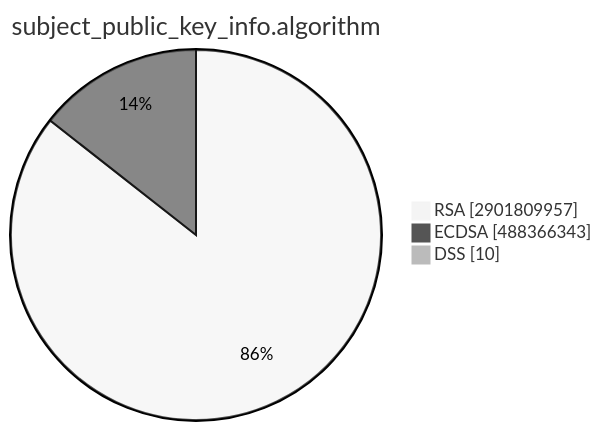
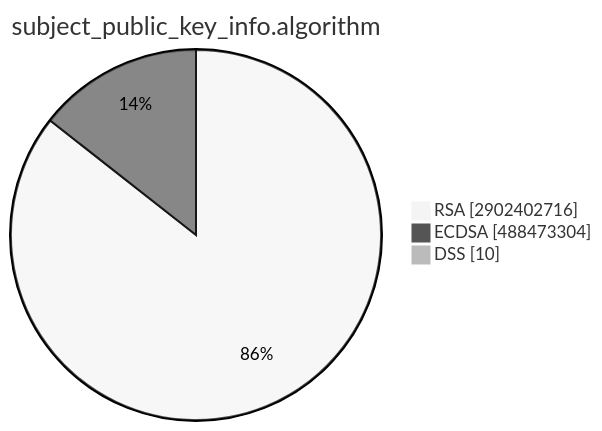
The second of 15 diagrams in TOTAL/README.md (christiankrug/ctmonitor_visualization), drawn with Mermaid (neutral theme) before and after one commit. The commit also changed other lines of this file, not shown here.

````diff
--- a/TOTAL/README.md
+++ b/TOTAL/README.md
@@ -6,7 +6,7 @@
 ```mermaid
 pie showData
 title subject_public_key_info.algorithm
-"RSA" :2901809957
-"ECDSA" :488366343
+"RSA" :2902402716
+"ECDSA" :488473304
 "DSS" :10
 ```
````
